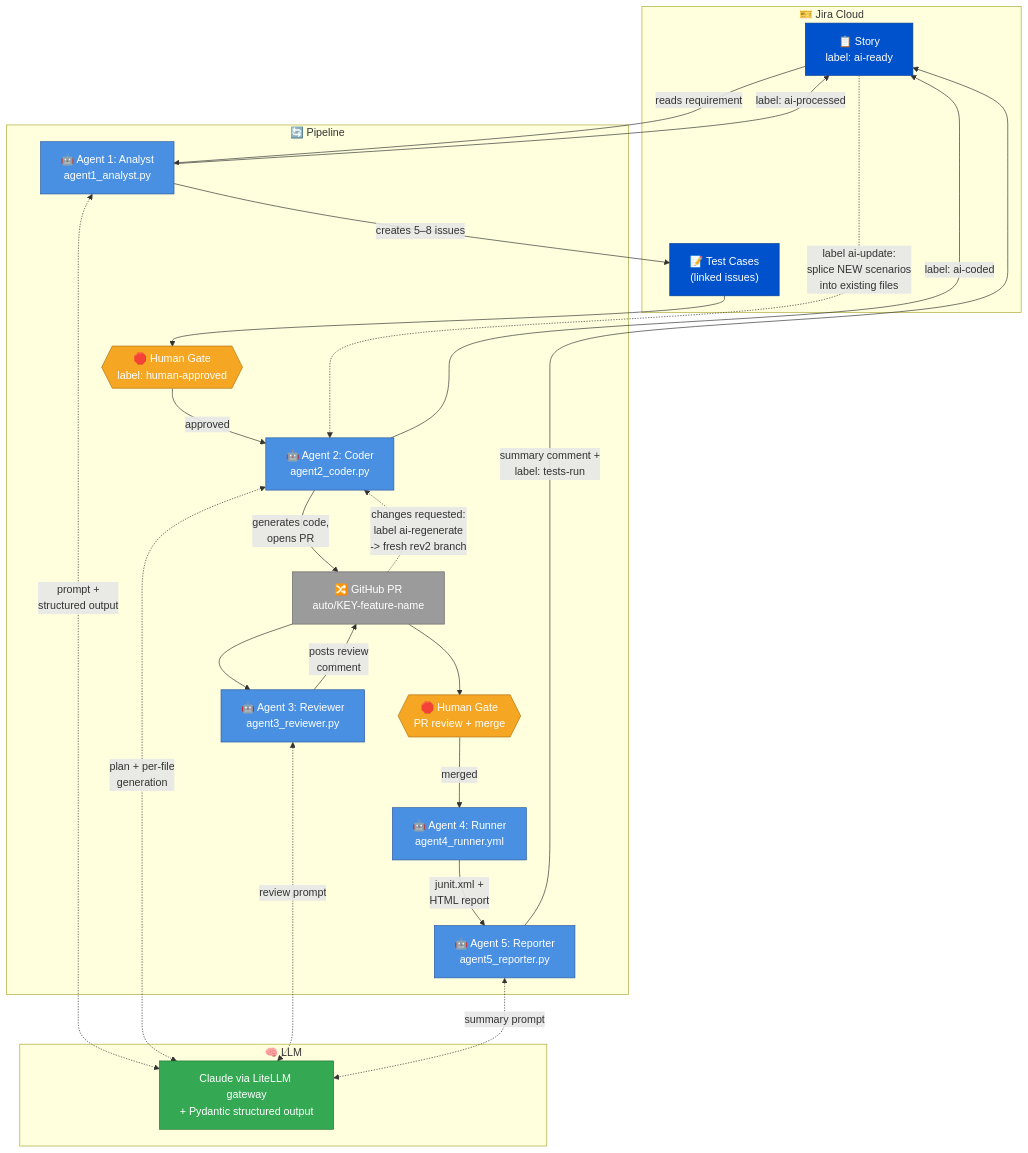
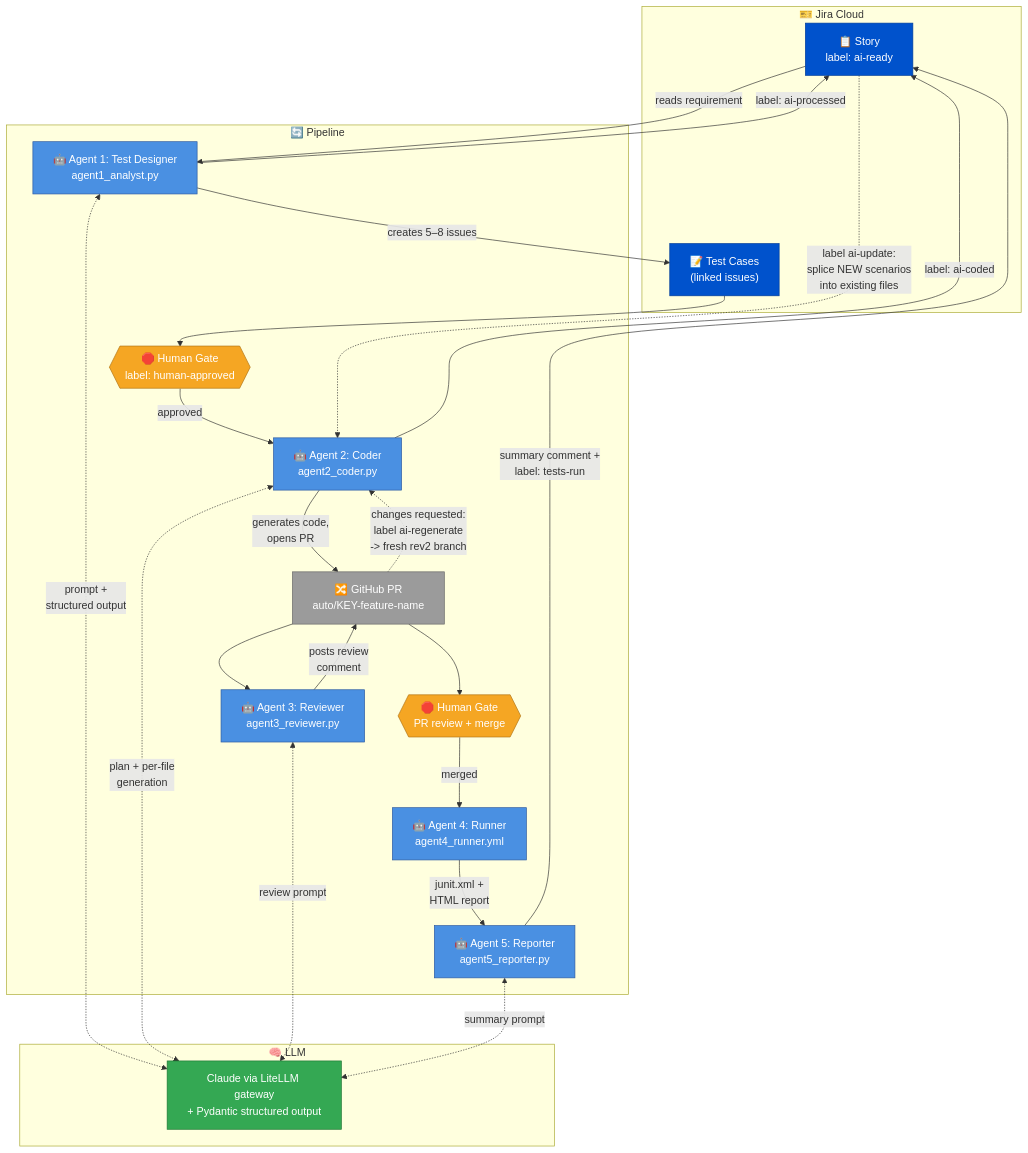
One commit to rajiniottesting-coder/multi-agent-test-automation changed the second of 5 diagrams in docs/GUIDE.md. Above: the diagram before and after it, drawn with Mermaid. The commit also changed other lines of this file and 11 other files, not shown here.

````diff
--- a/docs/GUIDE.md
+++ b/docs/GUIDE.md
@@ -1342,56 +1342,56 @@
 ```mermaid
 flowchart TB
     subgraph JIRA["🎫 Jira Cloud"]
         Story["📋 Story<br/>label: ai-ready"]
         TC["📝 Test Cases<br/>(linked issues)"]
     end
 
     subgraph PIPELINE["🔄 Pipeline"]
-        A1["🤖 Agent 1: Analyst<br/>agent1_analyst.py"]
+        A1["🤖 Agent 1: Test Designer<br/>agent1_analyst.py"]
         H1{{"🛑 Human Gate<br/>label: human-approved"}}
         A2["🤖 Agent 2: Coder<br/>agent2_coder.py"]
         PR["🔀 GitHub PR<br/>auto/KEY-feature-name"]
         A3["🤖 Agent 3: Reviewer<br/>agent3_reviewer.py"]
         H2{{"🛑 Human Gate<br/>PR review + merge"}}
         A4["🤖 Agent 4: Runner<br/>agent4_runner.yml"]
         A5["🤖 Agent 5: Reporter<br/>agent5_reporter.py"]
     end
 
     subgraph LLMGROUP["🧠 LLM"]
         LLM["Claude via LiteLLM gateway<br/>+ Pydantic structured output"]
     end
 
     Story -->|"reads requirement"| A1
     A1 -->|"creates 5–8 issues"| TC
     A1 -->|"label: ai-processed"| Story
     TC --> H1
     H1 -->|"approved"| A2
     A2 -->|"generates code,<br/>opens PR"| PR
     A2 -->|"label: ai-coded"| Story
     PR --> A3
     A3 -->|"posts review<br/>comment"| PR
     PR --> H2
     H2 -->|"merged"| A4
     A4 -->|"junit.xml +<br/>HTML report"| A5
     A5 -->|"summary comment +<br/>label: tests-run"| Story
 
     PR -.->|"changes requested:<br/>label ai-regenerate<br/>-> fresh rev2 branch"| A2
     Story -.->|"label ai-update:<br/>splice NEW scenarios<br/>into existing files"| A2
 
     A1 <-.->|"prompt +<br/>structured output"| LLM
     A2 <-.->|"plan + per-file<br/>generation"| LLM
     A3 <-.->|"review prompt"| LLM
     A5 <-.->|"summary prompt"| LLM
 
     classDef agent fill:#4a90e2,stroke:#2c5aa0,color:#fff
     classDef human fill:#f5a623,stroke:#b07415,color:#fff
     classDef jira fill:#0052cc,stroke:#003d99,color:#fff
     classDef llm fill:#34a853,stroke:#1e7733,color:#fff
     classDef artifact fill:#9b9b9b,stroke:#666,color:#fff
 
     class A1,A2,A3,A4,A5 agent
     class H1,H2 human
     class Story,TC jira
     class LLM llm
     class PR artifact
 ```
````
